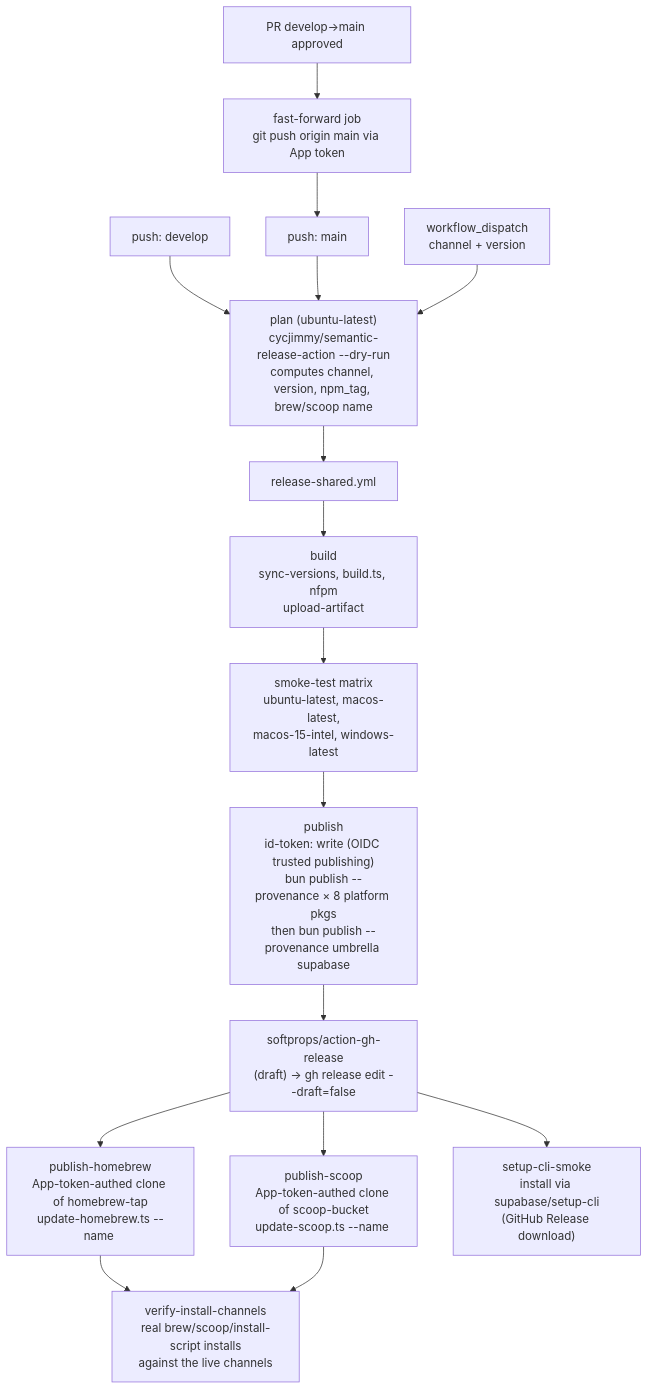
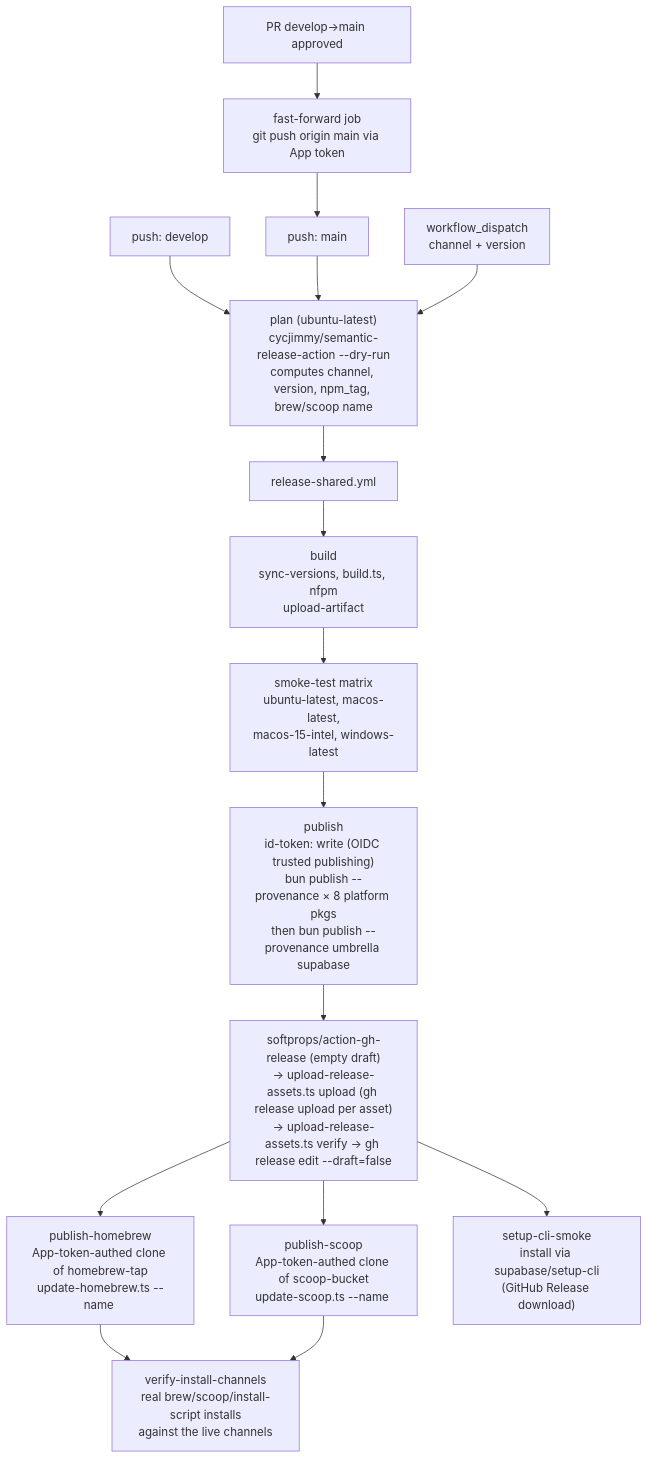
The second of 2 diagrams in apps/cli/docs/release-process.md (supabase/cli), drawn with Mermaid before and after one commit. The commit also changed other lines of this file and 5 other files, not shown here.

First line of the commit message:
ci(release): upload release assets one at a time with retries (CLI-2455) (#6810)

````diff
--- a/apps/cli/docs/release-process.md
+++ b/apps/cli/docs/release-process.md
@@ -220,22 +220,22 @@
 ```mermaid
 flowchart TD
     pushDev[push: develop] --> plan
     pushMain[push: main] --> plan
     pr[PR develop→main approved] --> ff[fast-forward job<br/>git push origin main via App token]
     ff --> pushMain
     dispatch[workflow_dispatch<br/>channel + version] --> plan
 
     plan["plan (ubuntu-latest)<br/>cycjimmy/semantic-release-action --dry-run<br/>computes channel, version, npm_tag, brew/scoop name"]
     plan --> shared
 
     shared["release-shared.yml"]
     shared --> build["build<br/>sync-versions, build.ts, nfpm<br/>upload-artifact"]
     build --> smoke["smoke-test matrix<br/>ubuntu-latest, macos-latest,<br/>macos-15-intel, windows-latest"]
     smoke --> pub["publish<br/>id-token: write (OIDC trusted publishing)<br/>bun publish --provenance × 8 platform pkgs<br/>then bun publish --provenance umbrella supabase"]
-    pub --> rel["softprops/action-gh-release<br/>(draft) → gh release edit --draft=false"]
+    pub --> rel["softprops/action-gh-release (empty draft)<br/>→ upload-release-assets.ts upload (gh release upload per asset)<br/>→ upload-release-assets.ts verify → gh release edit --draft=false"]
     rel --> hb["publish-homebrew<br/>App-token-authed clone of homebrew-tap<br/>update-homebrew.ts --name <brew_name>"]
     rel --> sc["publish-scoop<br/>App-token-authed clone of scoop-bucket<br/>update-scoop.ts --name <scoop_name>"]
     rel --> sucs["setup-cli-smoke<br/>install via supabase/setup-cli<br/>(GitHub Release download)"]
     hb --> vic["verify-install-channels<br/>real brew/scoop/install-script installs<br/>against the live channels"]
     sc --> vic
 ```
````
